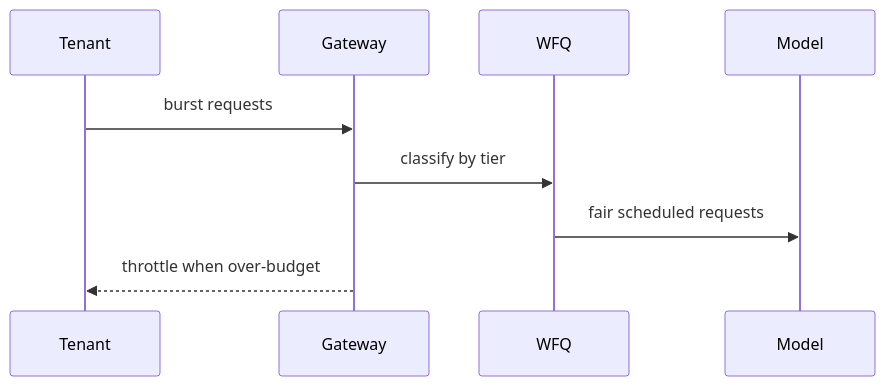
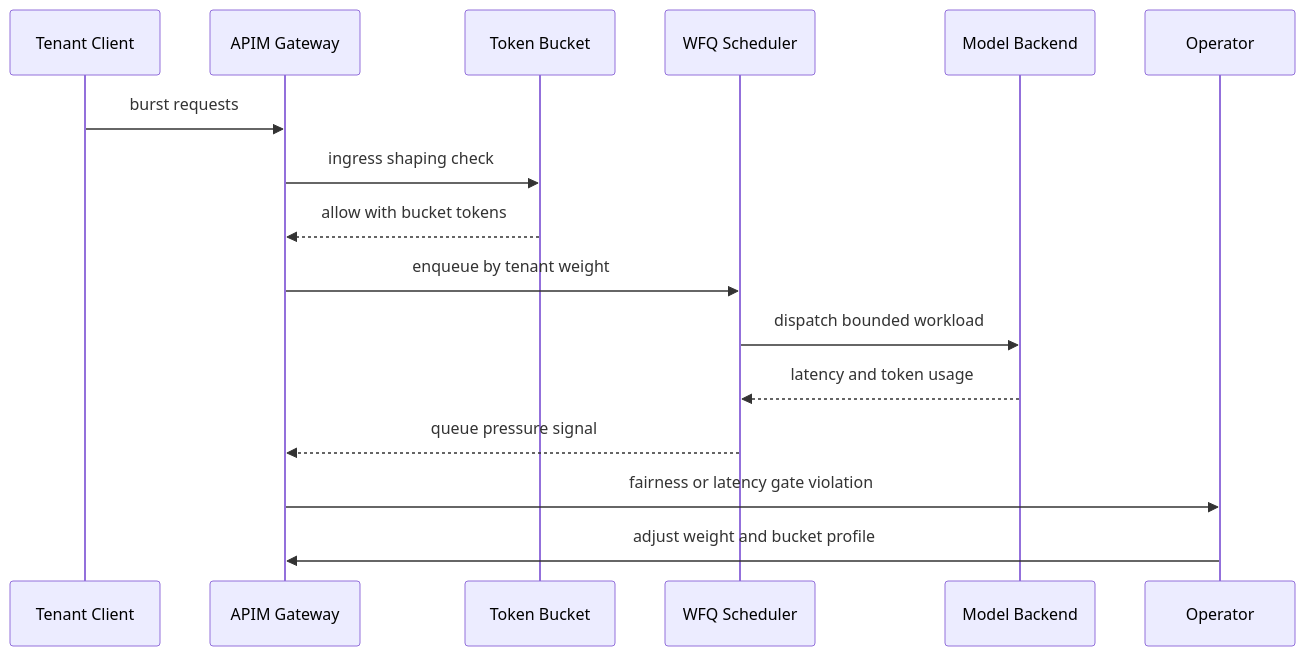
The second of 2 diagrams in docs/azure-agent-infra/apim-wfq-token-bucket-tenant-fairness-slo-faq-r1105.md (turbo998/ai-infra-lab), drawn with Mermaid before and after one commit. The commit also changed other lines of this file and 13 other files, not shown here.

````diff
--- a/docs/azure-agent-infra/apim-wfq-token-bucket-tenant-fairness-slo-faq-r1105.md
+++ b/docs/azure-agent-infra/apim-wfq-token-bucket-tenant-fairness-slo-faq-r1105.md
@@ -104,11 +121,18 @@
 ```mermaid
 sequenceDiagram
-  participant T as Tenant
-  participant G as Gateway
-  participant Q as WFQ
-  participant M as Model
-  T->>G: burst requests
-  G->>Q: classify by tier
-  Q->>M: fair scheduled requests
-  G-->>T: throttle when over-budget
+  participant C as Tenant Client
+  participant G as APIM Gateway
+  participant B as Token Bucket
+  participant Q as WFQ Scheduler
+  participant M as Model Backend
+  participant O as Operator
+  C->>G: burst requests
+  G->>B: ingress shaping check
+  B-->>G: allow with bucket tokens
+  G->>Q: enqueue by tenant weight
+  Q->>M: dispatch bounded workload
+  M-->>Q: latency and token usage
+  Q-->>G: queue pressure signal
+  G->>O: fairness or latency gate violation
+  O->>G: adjust weight and bucket profile
 ```
````
